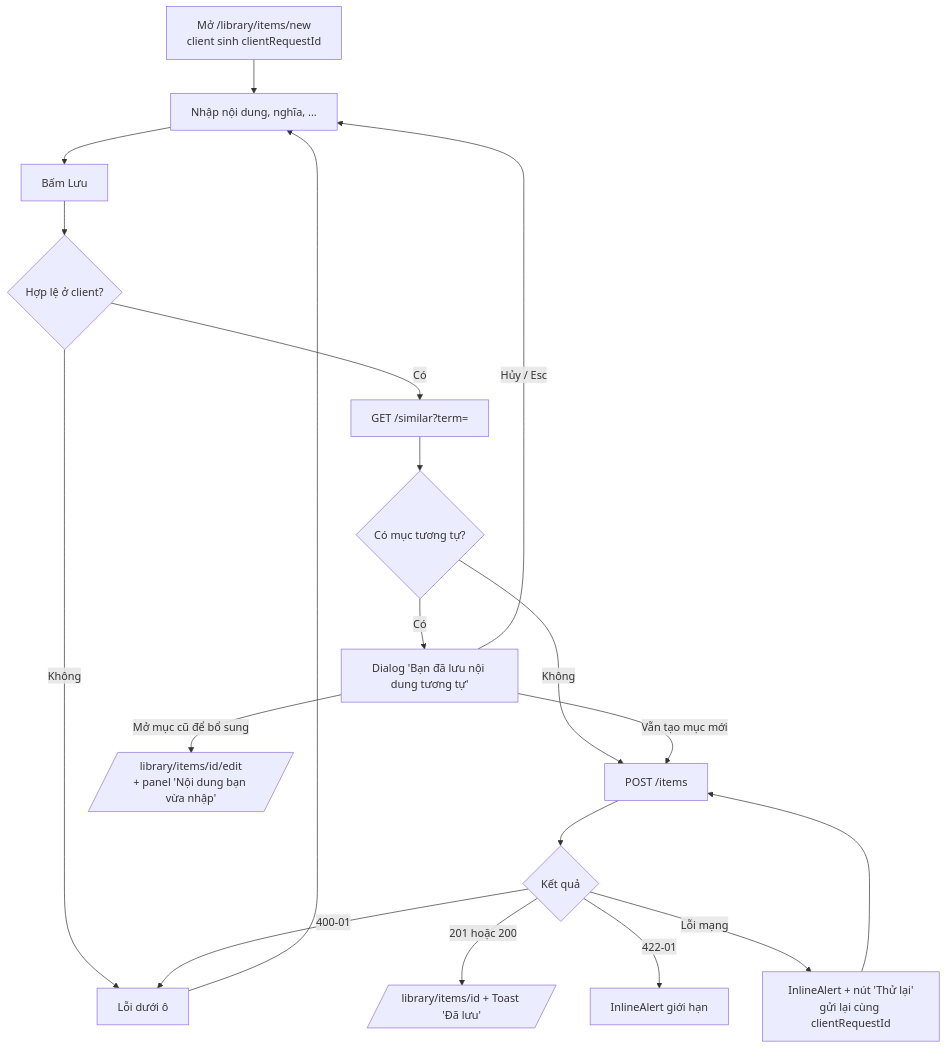
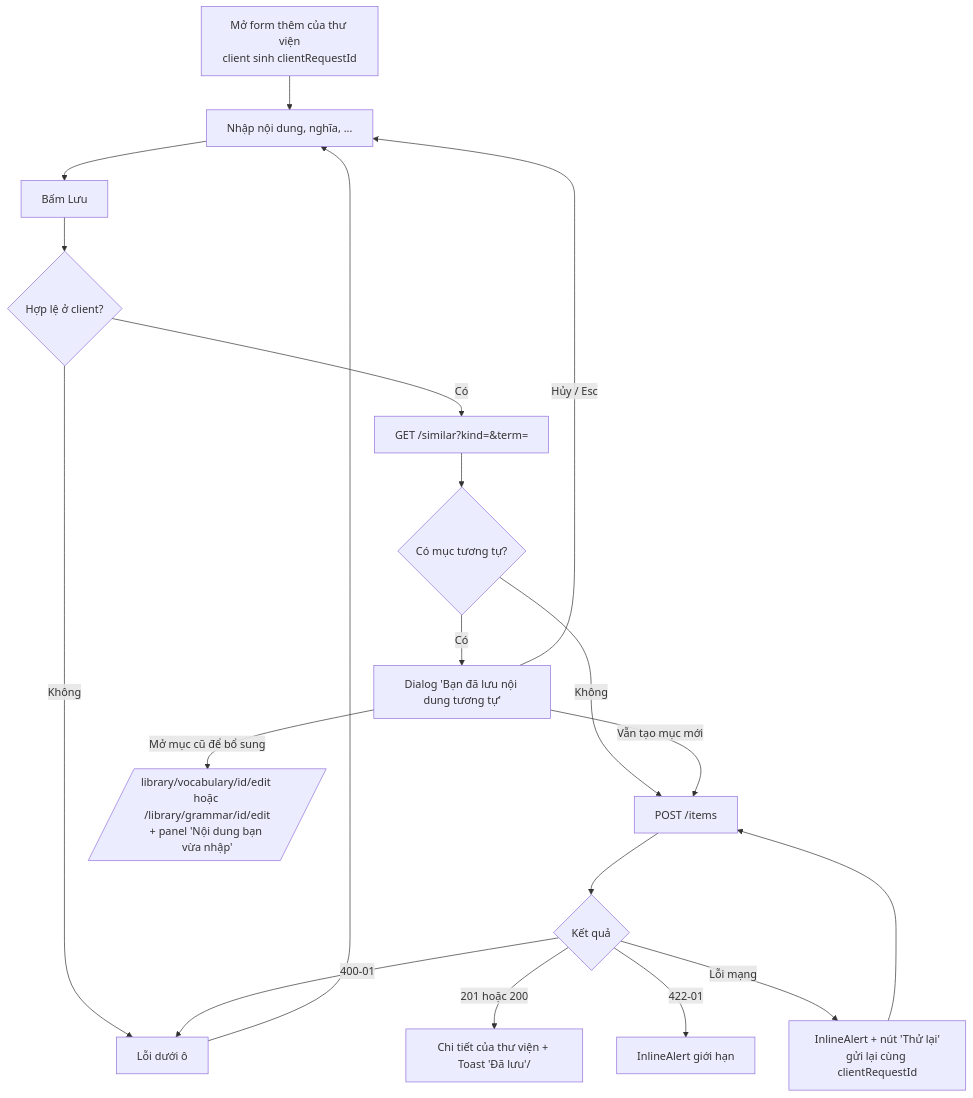
The first of 2 diagrams in docs/features/knowledge-items/srs/US-LIB-02-similar-item-hint.md (pamela172103/Lingozi), drawn with Mermaid before and after one commit. The commit also changed other lines of this file and 91 other files, not shown here.

First line of the commit message:
docs: split vocabulary and grammar libraries; redraw all wireframes as generated SVG

````diff
--- a/docs/features/knowledge-items/srs/US-LIB-02-similar-item-hint.md
+++ b/docs/features/knowledge-items/srs/US-LIB-02-similar-item-hint.md
@@ -63,18 +64,18 @@
 ```mermaid
 flowchart TD
-    A[Mở /library/items/new<br/>client sinh clientRequestId] --> B[Nhập nội dung, nghĩa, ...] --> C[Bấm Lưu]
+    A[Mở form thêm của thư viện<br/>client sinh clientRequestId] --> B[Nhập nội dung, nghĩa, ...] --> C[Bấm Lưu]
     C --> V{Hợp lệ ở client?}
     V -- Không --> B1[Lỗi dưới ô] --> B
-    V -- Có --> S[GET /similar?term=]
+    V -- Có --> S[GET /similar?kind=&term=]
     S --> D{Có mục tương tự?}
     D -- Không --> P[POST /items]
     D -- Có --> DLG[Dialog 'Bạn đã lưu nội dung tương tự']
-    DLG -- Mở mục cũ để bổ sung --> E[/library/items/id/edit<br/>+ panel 'Nội dung bạn vừa nhập'/]
+    DLG -- Mở mục cũ để bổ sung --> E[/library/vocabulary/id/edit hoặc /library/grammar/id/edit<br/>+ panel 'Nội dung bạn vừa nhập'/]
     DLG -- Vẫn tạo mục mới --> P
     DLG -- Hủy / Esc --> B
     P --> R{Kết quả}
-    R -- 201 hoặc 200 --> OK[/library/items/id + Toast 'Đã lưu'/]
+    R -- 201 hoặc 200 --> OK[Chi tiết của thư viện + Toast 'Đã lưu'/]
     R -- 400-01 --> B1
     R -- 422-01 --> L[InlineAlert giới hạn]
     R -- Lỗi mạng --> RT[InlineAlert + nút 'Thử lại'<br/>gửi lại cùng clientRequestId] --> P
 ```
````
